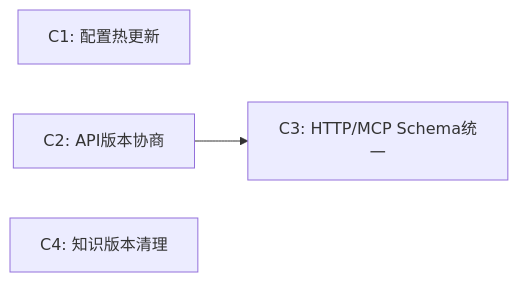
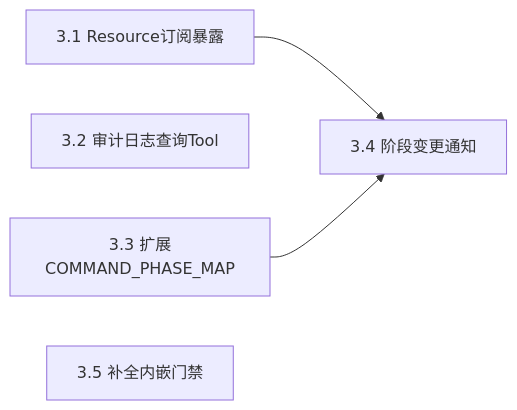
Before and after one commit to xuanyuanchumo/xuansto: the third of 8 diagrams in docs/plan/v-l.md, drawn with Mermaid. The commit also changed other lines of this file and 68 other files, not shown here.

````diff
--- a/docs/plan/v-l.md
+++ b/docs/plan/v-l.md
@@ -261,6 +356,7 @@
 ```mermaid
 graph LR
-    C1["C1: 配置热更新"]
-    C2["C2: API版本协商"] --> C3["C3: HTTP/MCP Schema统一"]
-    C4["C4: 知识版本清理"]
+    S31["3.1 Resource订阅暴露"] --> S34["3.4 阶段变更通知"]
+    S32["3.2 审计日志查询Tool"]
+    S33["3.3 扩展COMMAND_PHASE_MAP"] --> S34
+    S35["3.5 补全内嵌门禁"]
 ```
````
